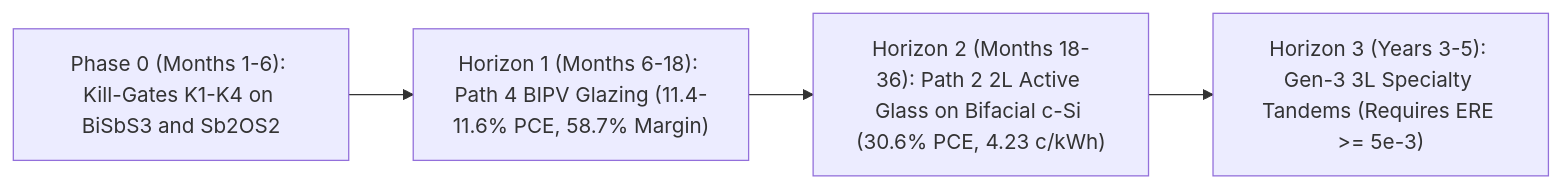
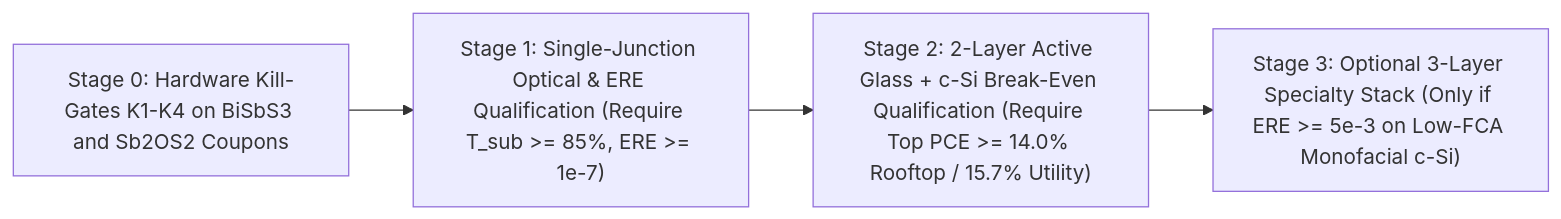
One commit to dirac1974/failsmart-matengine changed the diagram in docs/REALISTIC_COMMERCIALIZATION_AND_DEBATE_REPORT.md. Above: the diagram before and after it, drawn with Mermaid. The commit also changed other lines of this file and 23 other files, not shown here.

Commit message:
T8: reframe device, optical and techno-economic models as requirements and update pinned values (CAND-A09 SLME 25.98% -> 25.94%, top 4T Stage 5 42.32% -> 42.22%)

````diff
--- a/docs/REALISTIC_COMMERCIALIZATION_AND_DEBATE_REPORT.md
+++ b/docs/REALISTIC_COMMERCIALIZATION_AND_DEBATE_REPORT.md
@@ -122,6 +132,6 @@
 ```mermaid
 flowchart LR
-    G0["Phase 0 (Months 1-6): Kill-Gates K1-K4 on BiSbS3 and Sb2OS2"] --> H1["Horizon 1 (Months 6-18): Path 4 BIPV Glazing (11.4-11.6% PCE, 58.7% Margin)"]
-    H1 --> H2["Horizon 2 (Months 18-36): Path 2 2L Active Glass on Bifacial c-Si (30.6% PCE, 4.23 c/kWh)"]
-    H2 --> H3["Horizon 3 (Years 3-5): Gen-3 3L Specialty Tandems (Requires ERE >= 5e-3)"]
+    G0["Stage 0: Hardware Kill-Gates K1-K4 on BiSbS3 and Sb2OS2 Coupons"] --> H1["Stage 1: Single-Junction Optical & ERE Qualification (Require T_sub >= 85%, ERE >= 1e-7)"]
+    H1 --> H2["Stage 2: 2-Layer Active Glass + c-Si Break-Even Qualification (Require Top PCE >= 14.0% Rooftop / 15.7% Utility)"]
+    H2 --> H3["Stage 3: Optional 3-Layer Specialty Stack (Only if ERE >= 5e-3 on Low-FCA Monofacial c-Si)"]
 ```
````
